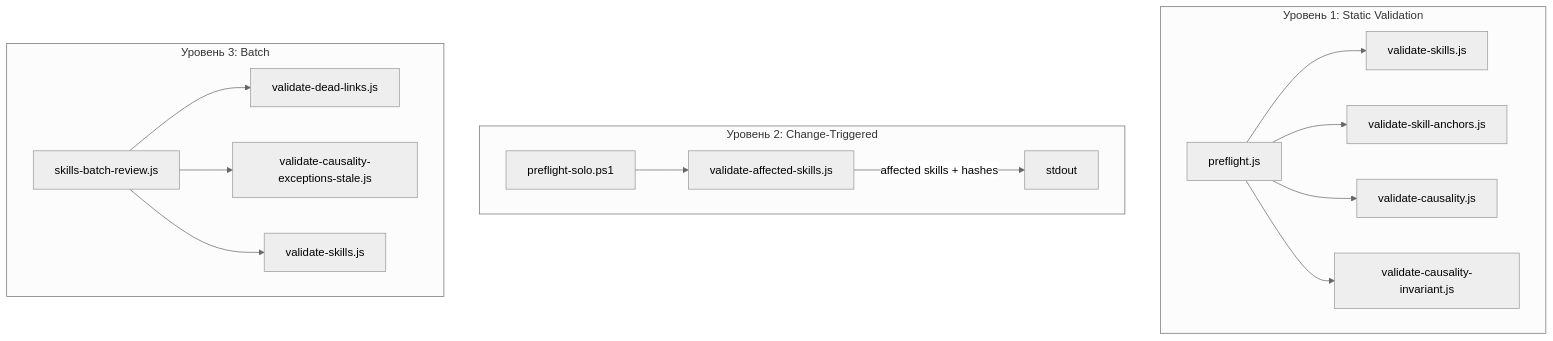
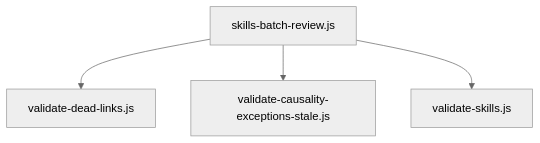
The third of 5 diagrams in docs/ais/ais-anti-staleness.md (aoponomarev/mmb), drawn with Mermaid (neutral theme) before and after one commit. The commit also changed other lines of this file and 14 other files, not shown here.

First line of the commit message:
feat: enhance skills validation and documentation

````diff
--- a/docs/ais/ais-anti-staleness.md
+++ b/docs/ais/ais-anti-staleness.md
@@ -33,18 +58,7 @@
 ```mermaid
-flowchart TD
-    subgraph L1[Уровень 1: Static Validation]
-        P[preflight.js] --> VS[validate-skills.js]
-        P --> VSA[validate-skill-anchors.js]
-        P --> VC[validate-causality.js]
-        P --> VCI[validate-causality-invariant.js]
-    end
-    subgraph L2[Уровень 2: Change-Triggered]
-        PS[preflight-solo.ps1] --> VAF[validate-affected-skills.js]
-        VAF --> |affected skills + hashes| OUT[stdout]
-    end
-    subgraph L3[Уровень 3: Batch]
-        SBR[skills-batch-review.js] --> VDL[validate-dead-links.js]
-        SBR --> VCES[validate-causality-exceptions-stale.js]
-        SBR --> VS2[validate-skills.js]
-    end
+flowchart TB
+    SBR[skills-batch-review.js]
+    SBR --> VDL[validate-dead-links.js]
+    SBR --> VCES[validate-causality-exceptions-stale.js]
+    SBR --> VS2[validate-skills.js]
 ```
````
